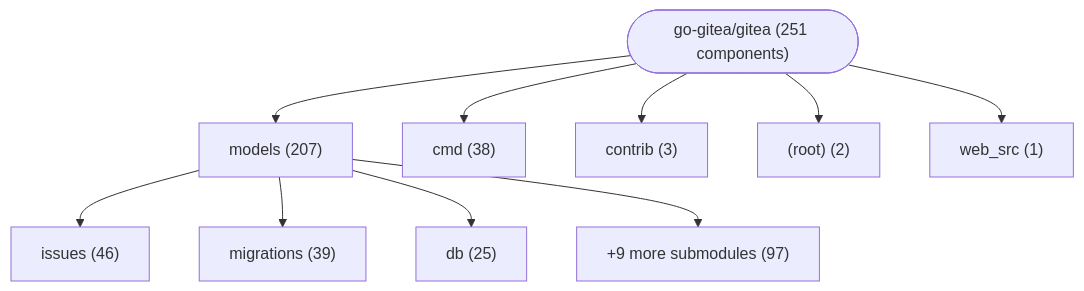
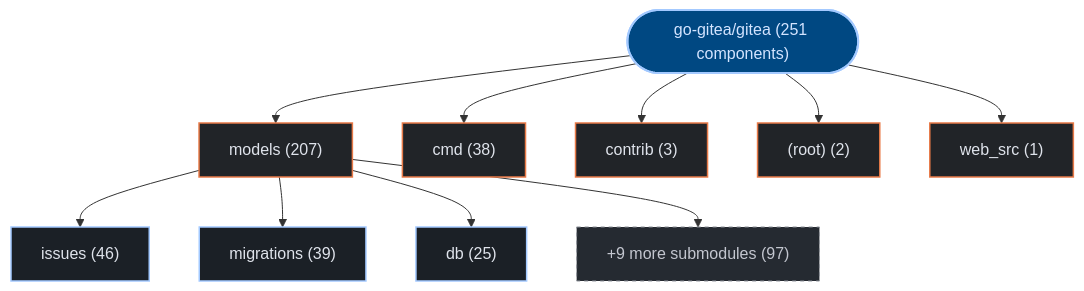
One commit to kumarshaz/atruss-code-atlas changed the first of 3 diagrams in exports/latest/reports/go-gitea-gitea-report.md. Above: the diagram before and after it, drawn with Mermaid. The commit also changed other lines of this file and 331 other files, not shown here.

Commit message:
docs,ui,fix: update SDLC docs, reorder CI/CD DAG first, stylize Mermaid, and fix Arc42 pipeline topology

````diff
--- a/exports/latest/reports/go-gitea-gitea-report.md
+++ b/exports/latest/reports/go-gitea-gitea-report.md
@@ -42,22 +42,29 @@
 ```mermaid
 graph TD;
-    repo_root(["go-gitea/gitea (251 components)"])
-    dir_0_models["models (207)"]
+  classDef atlasRoot fill:#004882,stroke:#a3c9ff,stroke-width:2px,color:#d3e4ff
+  classDef atlasCategory fill:#212428,stroke:#E87A48,stroke-width:1.5px,color:#dfe3eb
+  classDef atlasWorkflow fill:#1b2026,stroke:#a3c9ff,stroke-width:1.5px,color:#dfe3eb
+  classDef atlasJob fill:#171c22,stroke:#8d9199,stroke-width:1px,color:#dfe3eb
+  classDef atlasTarget fill:#005227,stroke:#8bd99b,stroke-width:1.5px,color:#a7f6b6
+  classDef atlasAlert fill:#93000a,stroke:#ffb4ab,stroke-width:1.5px,color:#ffdad6
+  classDef atlasMore fill:#252a31,stroke:#8d9199,stroke-dasharray:4 4,color:#c3c6cf
+    repo_root(["go-gitea/gitea (251 components)"]):::atlasRoot
+    dir_0_models["models (207)"]:::atlasCategory
     repo_root --> dir_0_models
-    sub_0_0_issues["issues (46)"]
+    sub_0_0_issues["issues (46)"]:::atlasWorkflow
     dir_0_models --> sub_0_0_issues
-    sub_0_1_migrations["migrations (39)"]
+    sub_0_1_migrations["migrations (39)"]:::atlasWorkflow
     dir_0_models --> sub_0_1_migrations
-    sub_0_2_db["db (25)"]
+    sub_0_2_db["db (25)"]:::atlasWorkflow
     dir_0_models --> sub_0_2_db
-    sub_0_more["+9 more submodules (97)"]
+    sub_0_more["+9 more submodules (97)"]:::atlasMore
     dir_0_models --> sub_0_more
-    dir_1_cmd["cmd (38)"]
+    dir_1_cmd["cmd (38)"]:::atlasCategory
     repo_root --> dir_1_cmd
-    dir_2_contrib["contrib (3)"]
+    dir_2_contrib["contrib (3)"]:::atlasCategory
     repo_root --> dir_2_contrib
-    dir_3__root_["(root) (2)"]
+    dir_3__root_["(root) (2)"]:::atlasCategory
     repo_root --> dir_3__root_
-    dir_4_web_src["web_src (1)"]
+    dir_4_web_src["web_src (1)"]:::atlasCategory
     repo_root --> dir_4_web_src
 ```
````
